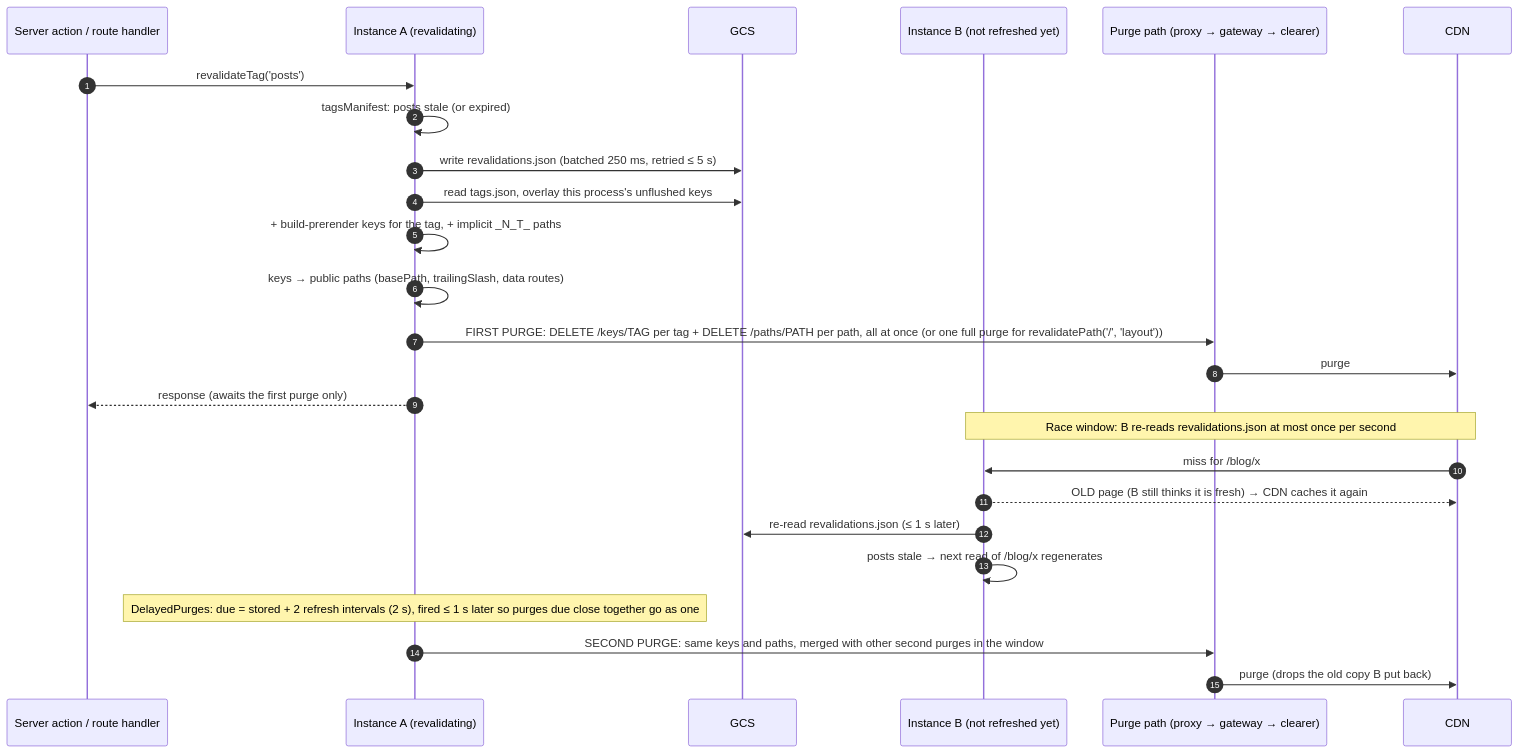
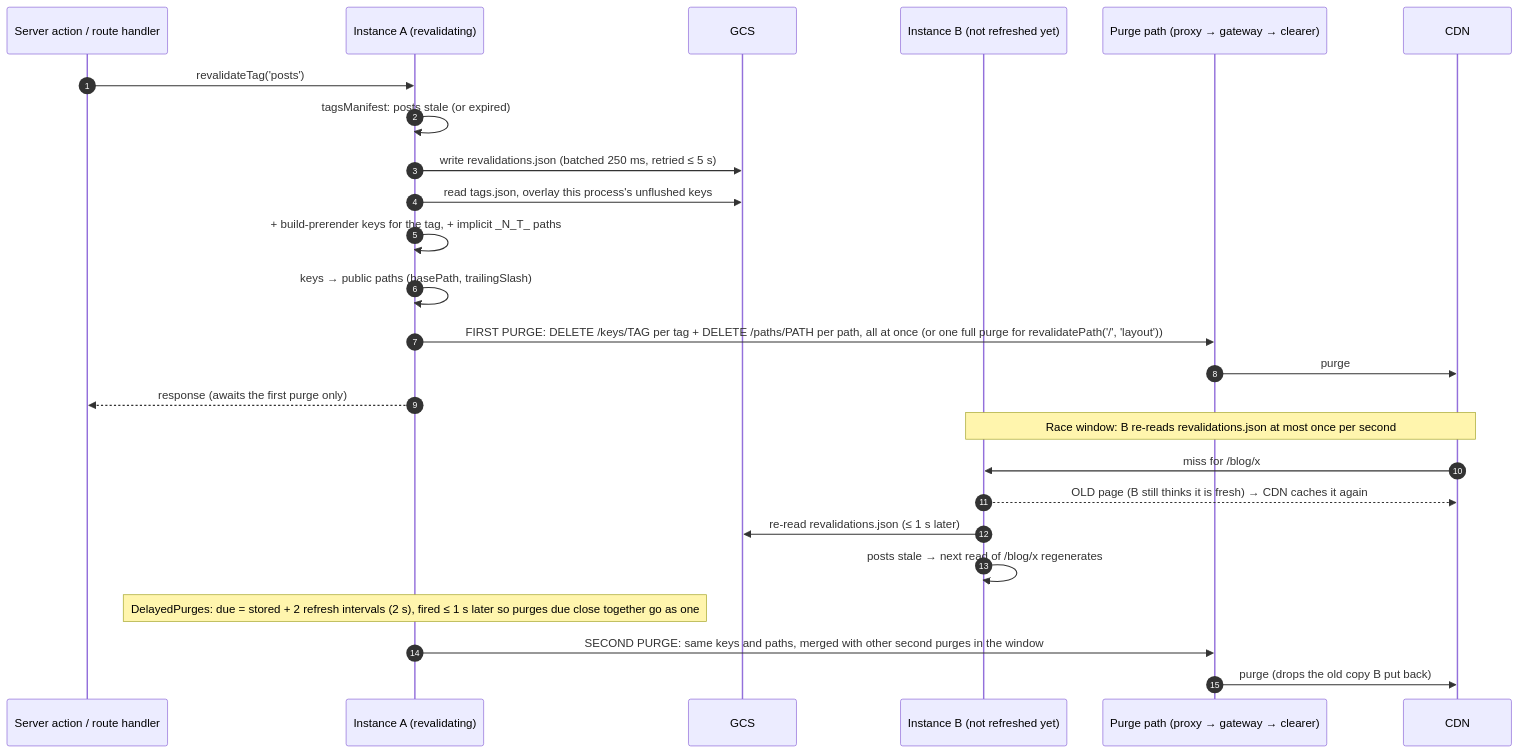
Before and after one commit to pantheon-systems/nextjs-cache-handler: the third of 5 diagrams in ARCHITECTURE.md, drawn with Mermaid. The commit also changed other lines of this file, not shown here.

Commit message:
SITE-6314: Update ARCHITECTURE to refelct current state.

````diff
--- a/ARCHITECTURE.md
+++ b/ARCHITECTURE.md
@@ -98,31 +98,31 @@
 ```mermaid
 sequenceDiagram
   autonumber
   participant Caller as Server action / route handler
   participant A as Instance A (revalidating)
   participant G as GCS
   participant B as Instance B (not refreshed yet)
   participant P as Purge path (proxy → gateway → clearer)
   participant CDN
 
   Caller->>A: revalidateTag('posts')
   A->>A: tagsManifest: posts stale (or expired)
   A->>G: write revalidations.json (batched 250 ms, retried ≤ 5 s)
   A->>G: read tags.json, overlay this process's unflushed keys
   A->>A: + build-prerender keys for the tag, + implicit _N_T_ paths
-  A->>A: keys → public paths (basePath, trailingSlash, data routes)
+  A->>A: keys → public paths (basePath, trailingSlash)
   A->>P: FIRST PURGE: DELETE /keys/TAG per tag + DELETE /paths/PATH per path, all at once (or one full purge for revalidatePath('/', 'layout'))
   P->>CDN: purge
   A-->>Caller: response (awaits the first purge only)
 
   Note over B,CDN: Race window: B re-reads revalidations.json at most once per second
   CDN->>B: miss for /blog/x
   B-->>CDN: OLD page (B still thinks it is fresh) → CDN caches it again
 
   B->>G: re-read revalidations.json (≤ 1 s later)
   B->>B: posts stale → next read of /blog/x regenerates
 
   Note over A: DelayedPurges: due = stored + 2 refresh intervals (2 s), fired ≤ 1 s later so purges due close together go as one
   A->>P: SECOND PURGE: same keys and paths, merged with other second purges in the window
   P->>CDN: purge (drops the old copy B put back)
 ```
````
